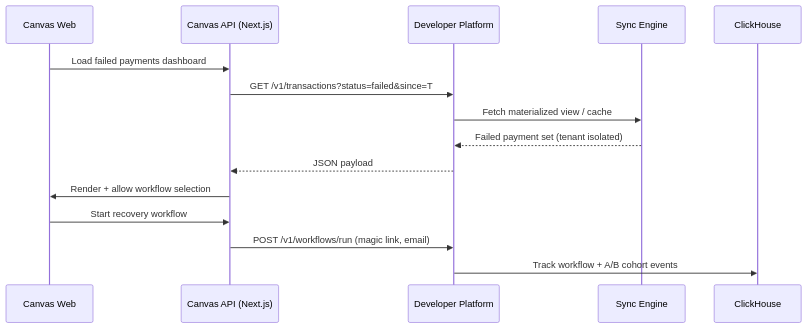
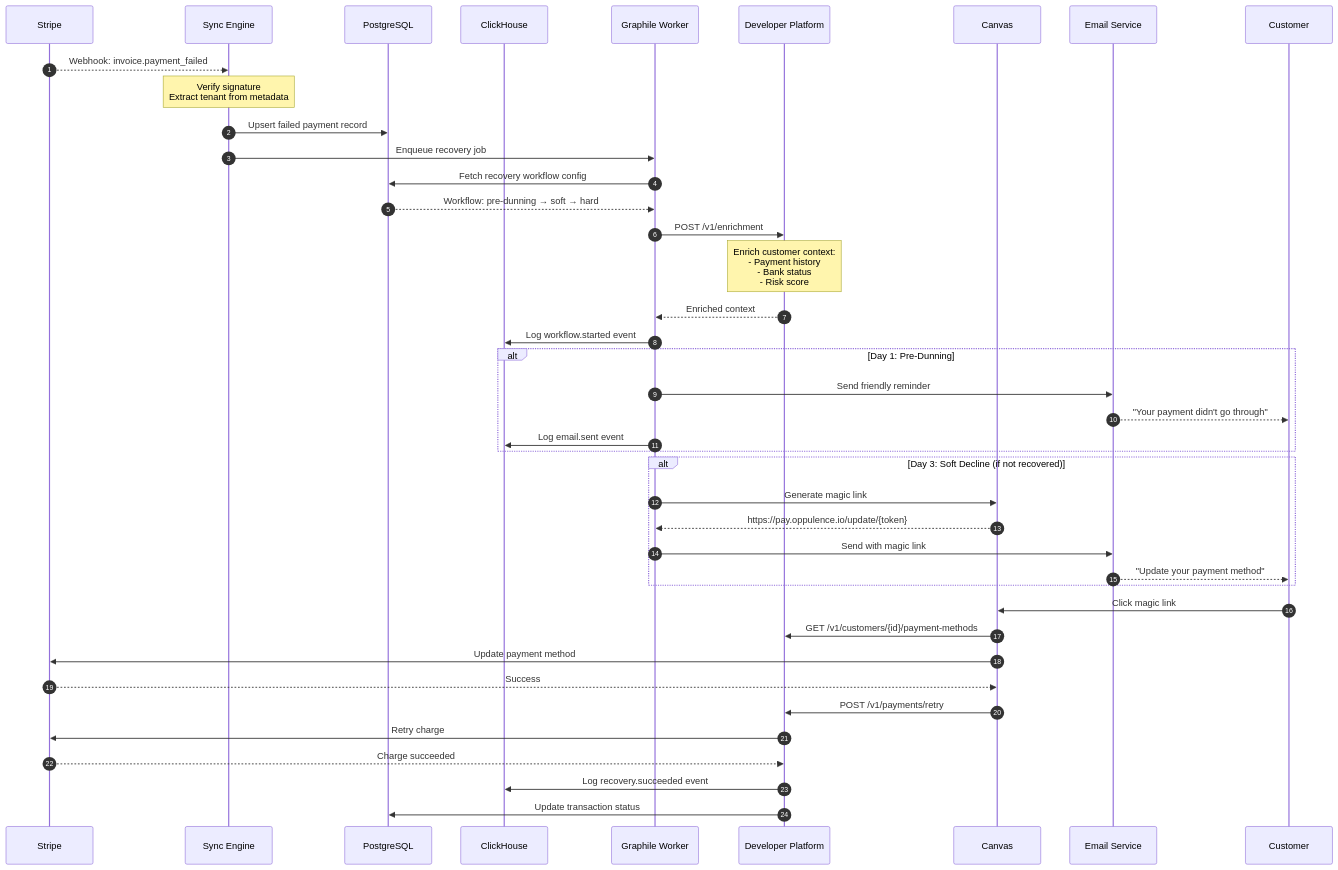
The fourth of 22 diagrams in profile/ARCHITECTURE.md (Oppulence-Engineering/.github), drawn with Mermaid before and after one commit. The commit also changed other lines of this file, not shown here.

First line of the commit message:
Expand ARCHITECTURE.md with comprehensive RFC documentation

````diff
--- a/profile/ARCHITECTURE.md
+++ b/profile/ARCHITECTURE.md
@@ -157,18 +219,55 @@
 ```mermaid
 sequenceDiagram
-  participant Canvas as Canvas Web
-  participant CanvasAPI as Canvas API (Next.js)
-  participant DevAPI as Developer Platform
-  participant Sync as Sync Engine
-  participant CH as ClickHouse
+    autonumber
+    participant Stripe as Stripe
+    participant Sync as Sync Engine
+    participant PG as PostgreSQL
+    participant CH as ClickHouse
+    participant Worker as Graphile Worker
+    participant DevAPI as Developer Platform
+    participant Canvas as Canvas
+    participant Email as Email Service
+    participant Customer as Customer
 
-  Canvas->>CanvasAPI: Load failed payments dashboard
-  CanvasAPI->>DevAPI: GET /v1/transactions?status=failed&since=T
-  DevAPI->>Sync: Fetch materialized view / cache
-  Sync-->>DevAPI: Failed payment set (tenant isolated)
-  DevAPI-->>CanvasAPI: JSON payload
-  CanvasAPI->>Canvas: Render + allow workflow selection
-  Canvas->>CanvasAPI: Start recovery workflow
-  CanvasAPI->>DevAPI: POST /v1/workflows/run (magic link, email)
-  DevAPI->>CH: Track workflow + A/B cohort events
+    Stripe-->>Sync: Webhook: invoice.payment_failed
+
+    Note over Sync: Verify signature<br/>Extract tenant from metadata
+
+    Sync->>PG: Upsert failed payment record
+    Sync->>Worker: Enqueue recovery job
+
+    Worker->>PG: Fetch recovery workflow config
+    PG-->>Worker: Workflow: pre-dunning → soft → hard
+
+    Worker->>DevAPI: POST /v1/enrichment
+
+    Note over DevAPI: Enrich customer context:<br/>- Payment history<br/>- Bank status<br/>- Risk score
+
+    DevAPI-->>Worker: Enriched context
+
+    Worker->>CH: Log workflow.started event
+
+    alt Day 1: Pre-Dunning
+        Worker->>Email: Send friendly reminder
+        Email-->>Customer: "Your payment didn't go through"
+        Worker->>CH: Log email.sent event
+    end
+
+    alt Day 3: Soft Decline (if not recovered)
+        Worker->>Canvas: Generate magic link
+        Canvas-->>Worker: https://pay.oppulence.io/update/{token}
+        Worker->>Email: Send with magic link
+        Email-->>Customer: "Update your payment method"
+    end
+
+    Customer->>Canvas: Click magic link
+    Canvas->>DevAPI: GET /v1/customers/{id}/payment-methods
+    Canvas->>Stripe: Update payment method
+    Stripe-->>Canvas: Success
+    Canvas->>DevAPI: POST /v1/payments/retry
+    DevAPI->>Stripe: Retry charge
+    Stripe-->>DevAPI: Charge succeeded
+
+    DevAPI->>CH: Log recovery.succeeded event
+    DevAPI->>PG: Update transaction status
 ```
````
